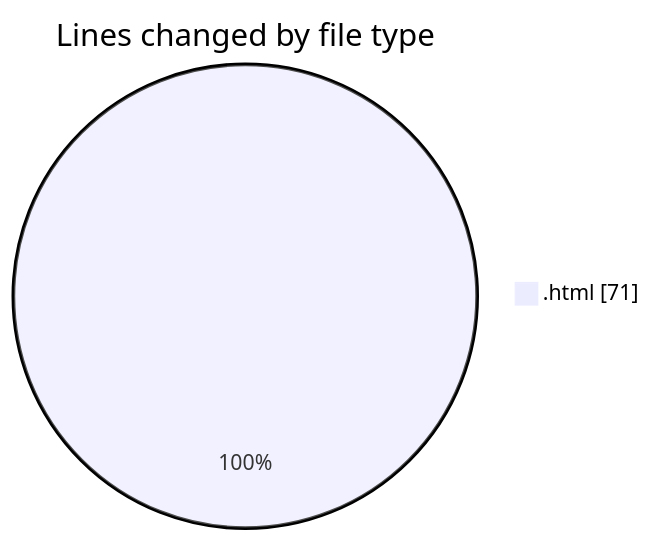
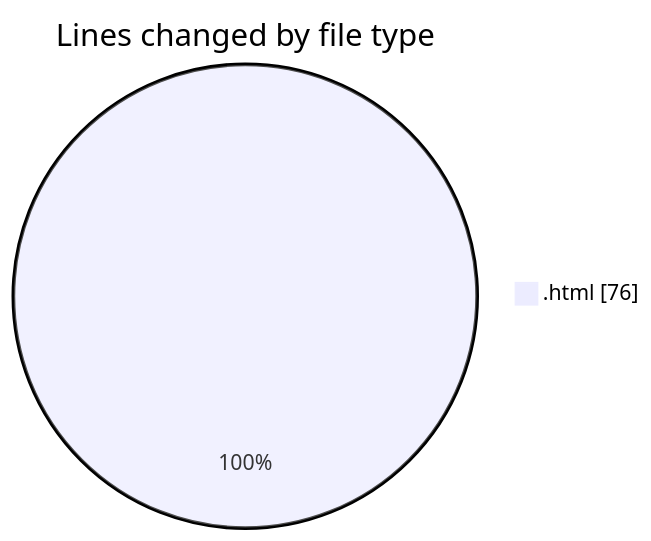
The first of 2 diagrams in 2025-10-24/javacript/README.md (nxtqubesakshisongat/code-tracking), drawn with Mermaid before and after one commit. The commit also changed other lines of this file and 1 other file, not shown here.

````diff
--- a/2025-10-24/javacript/README.md
+++ b/2025-10-24/javacript/README.md
@@ -20,5 +20,5 @@
 ```mermaid
 pie showData
 title Lines changed by file type
-".html" : 71
+".html" : 76
 ```
````
